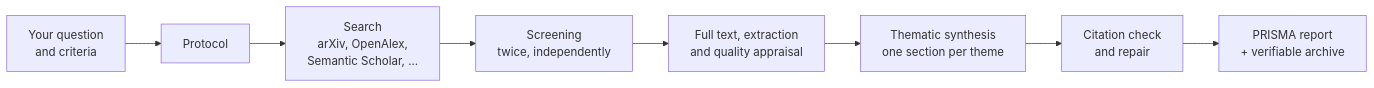
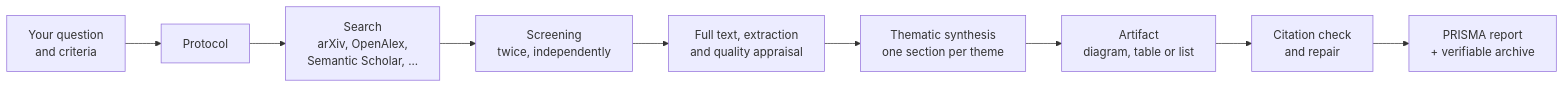
One commit to lauPhilip/au-btech-literature-review-agent changed the diagram in README.md. Above: the diagram before and after it, drawn with Mermaid. The commit also changed other lines of this file and 2 other files, not shown here.

Commit message:
docs: artifact in the README and pipeline; plain prose and artifact in the evidence page

````diff
--- a/README.md
+++ b/README.md
@@ -19,10 +19,11 @@
 ```mermaid
 flowchart LR
     Q[Your question<br/>and criteria] --> P[Protocol]
     P --> S[Search<br/>arXiv, OpenAlex,<br/>Semantic Scholar, ...]
     S --> SC[Screening<br/>twice, independently]
     SC --> E[Full text, extraction<br/>and quality appraisal]
     E --> T[Thematic synthesis<br/>one section per theme]
-    T --> C[Citation check<br/>and repair]
+    T --> A[Artifact<br/>diagram, table or list]
+    A --> C[Citation check<br/>and repair]
     C --> R[PRISMA report<br/>+ verifiable archive]
 ```
````
